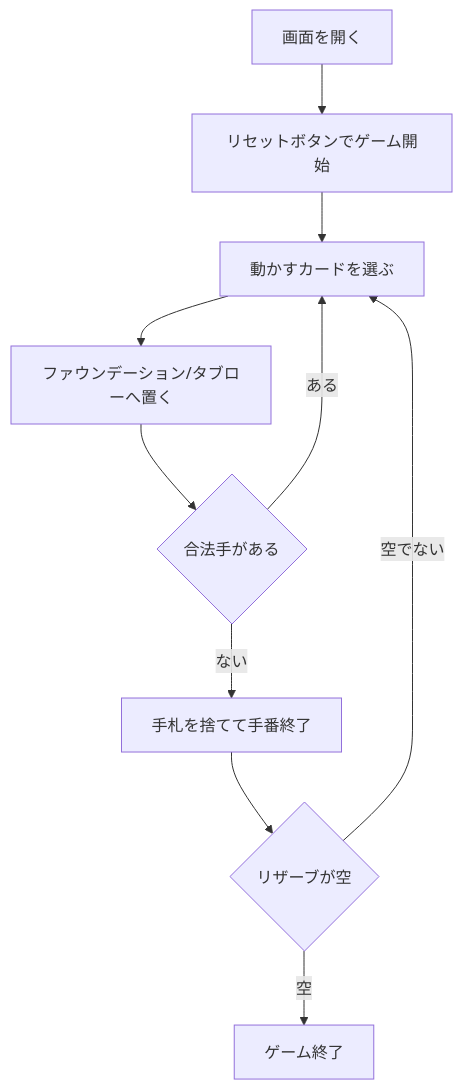
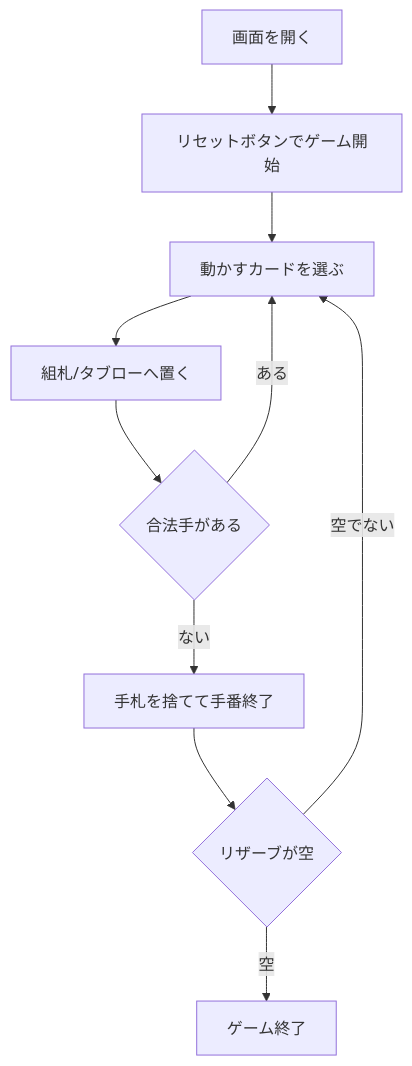
The diagram in docs/manual/web/russianbank.md (yuta-yoshinaga/go_trumpcards), drawn with Mermaid before and after one commit. The commit also changed other lines of this file and 33 other files, not shown here.

````diff
--- a/docs/manual/web/russianbank.md
+++ b/docs/manual/web/russianbank.md
@@ -34,12 +34,12 @@
 ```mermaid
 flowchart TD
     A[画面を開く] --> B[リセットボタンでゲーム開始]
     B --> C[動かすカードを選ぶ]
-    C --> D[ファウンデーション/タブローへ置く]
+    C --> D[組札/タブローへ置く]
     D --> E{合法手がある}
     E -->|ある| C
     E -->|ない| F[手札を捨てて手番終了]
     F --> G{リザーブが空}
     G -->|空でない| C
     G -->|空| H[ゲーム終了]
 ```
````
